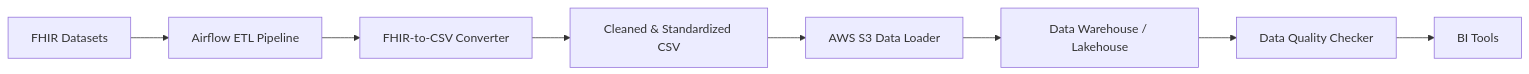
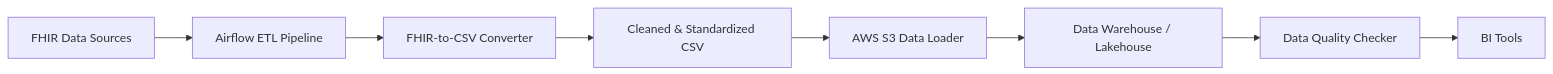
The diagram in README.md (nphlong/FHIR-ETL-Pipeline), drawn with Mermaid before and after one commit. The commit also changed 15 other files, not shown here.

````diff
--- a/README.md
+++ b/README.md
@@ -21,10 +21,10 @@
 ```mermaid
 flowchart LR
-    A[FHIR Datasets] --> B[Airflow ETL Pipeline]
+    A[FHIR Data Sources] --> B[Airflow ETL Pipeline]
     B --> C[FHIR-to-CSV Converter]
     C --> D[Cleaned & Standardized CSV]
     D --> E[AWS S3 Data Loader]
     E --> F[Data Warehouse / Lakehouse]
     F --> G[Data Quality Checker]
     G --> H[BI Tools]
 ```
````
